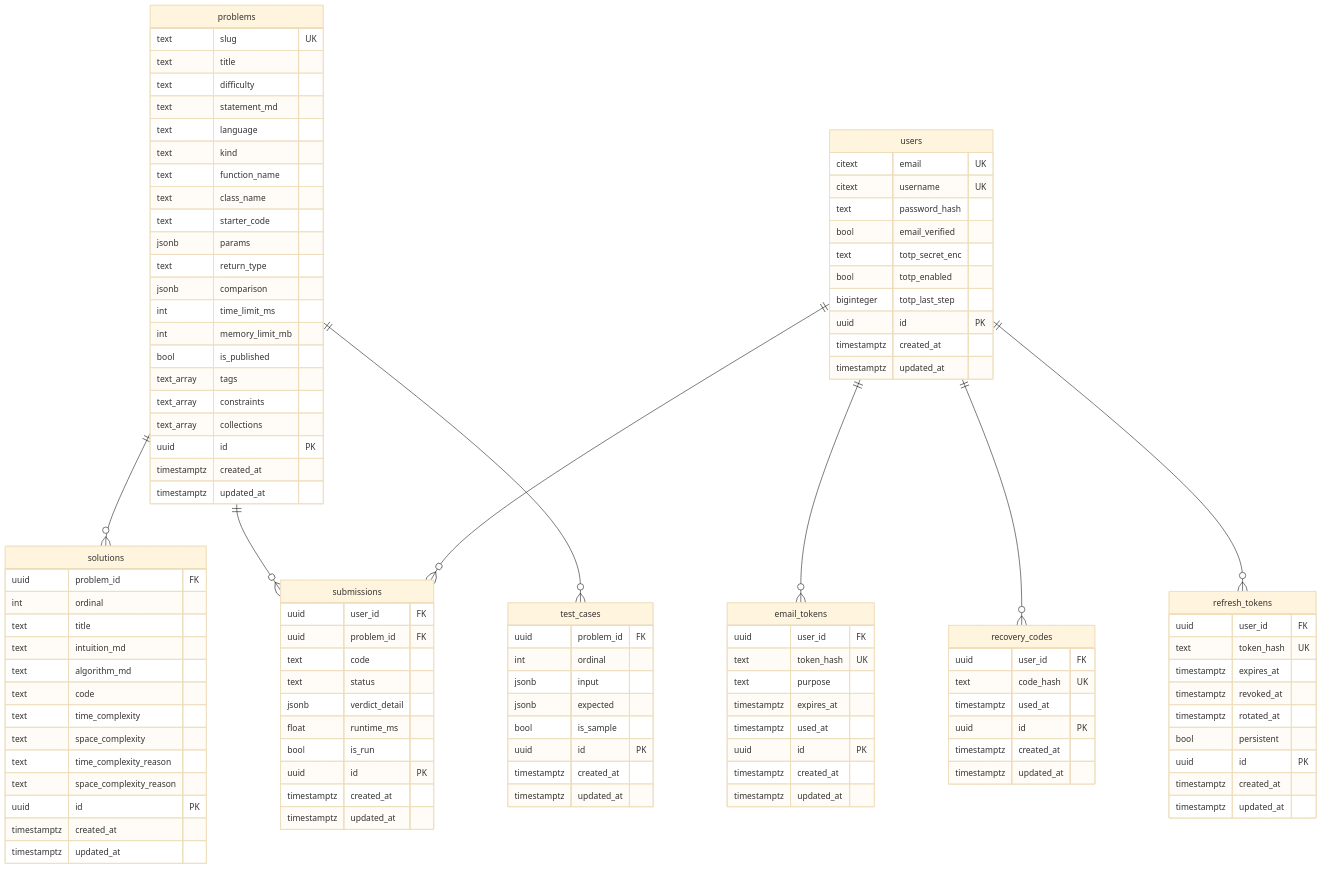
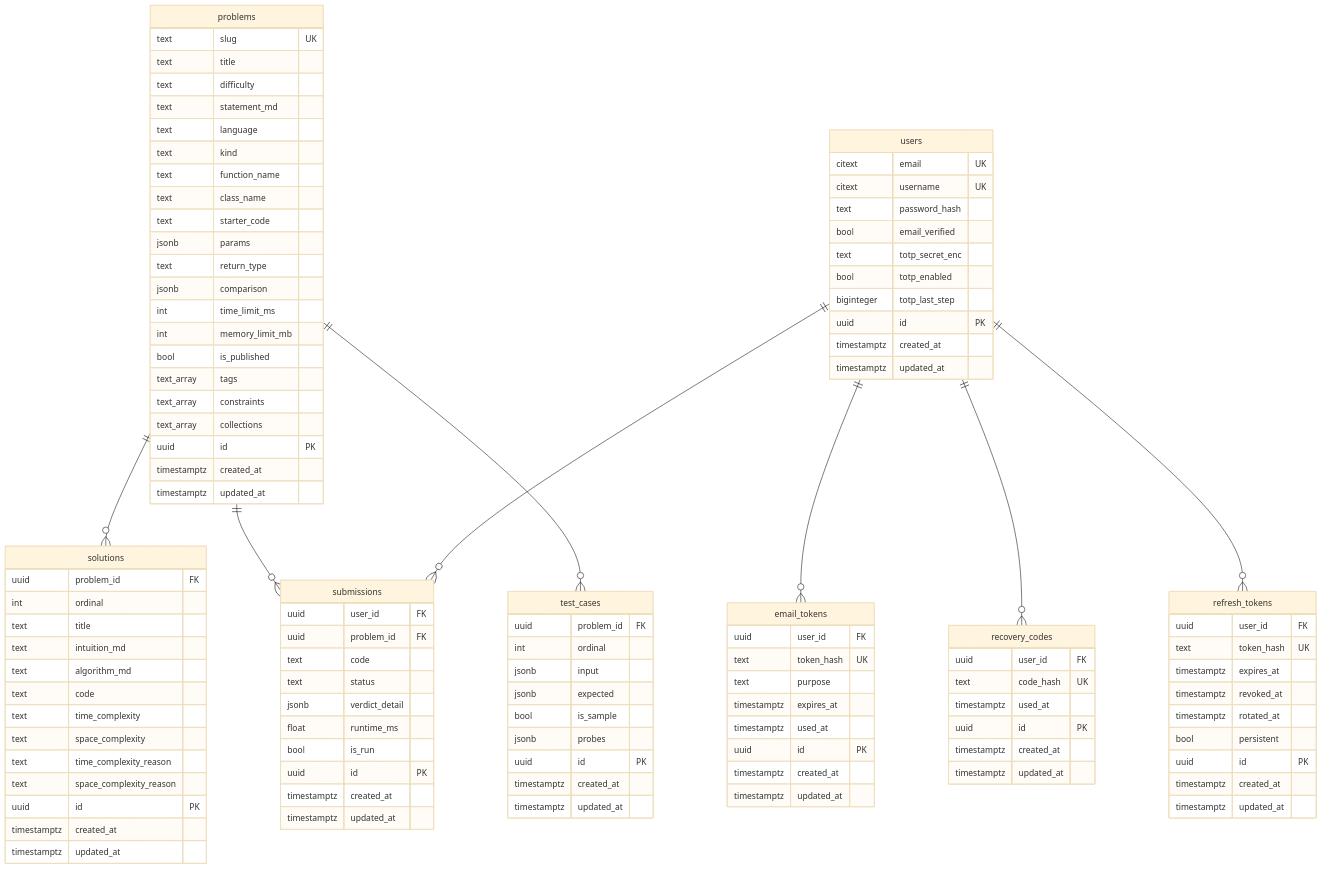
Before and after one commit to tuvo1106/shikomi: the diagram in docs/schema.md, drawn with Mermaid (base theme). The commit also changed 14 other files, not shown here.

```diff
--- a/docs/schema.md
+++ b/docs/schema.md
@@ -102,6 +102,7 @@
         jsonb input
         jsonb expected
         bool is_sample
+        jsonb probes
         uuid id PK
         timestamptz created_at
         timestamptz updated_at
```
